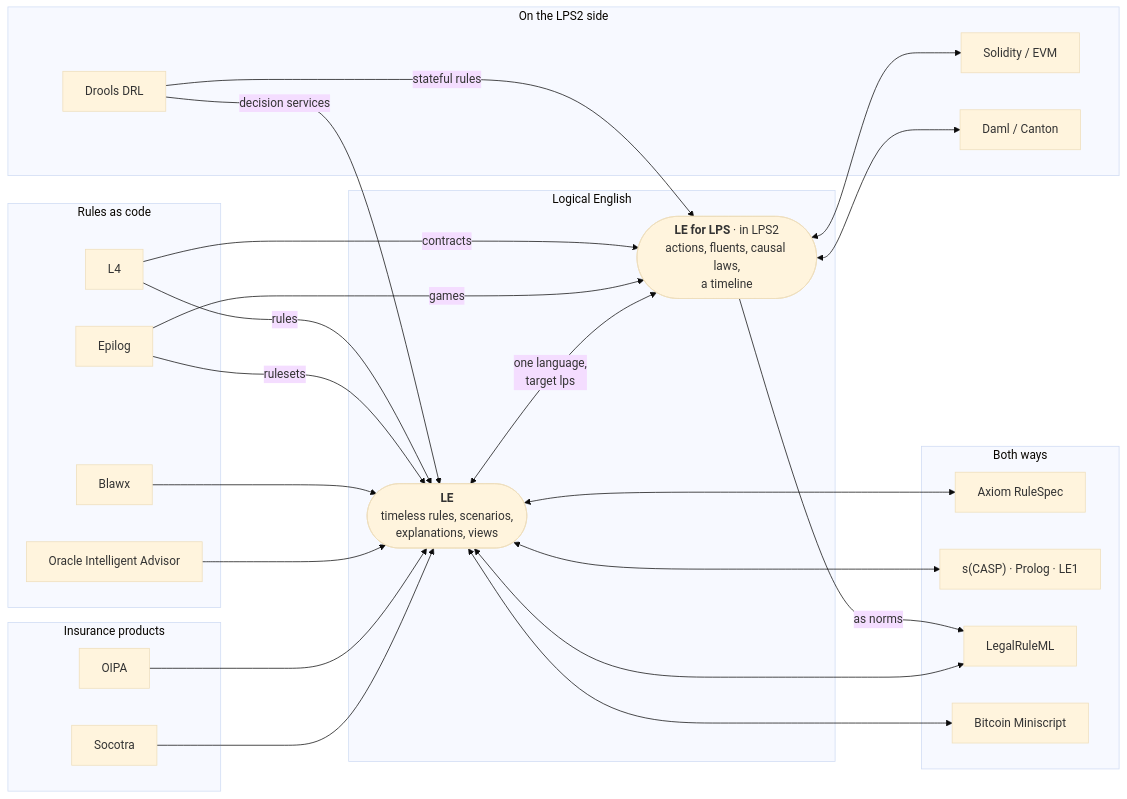
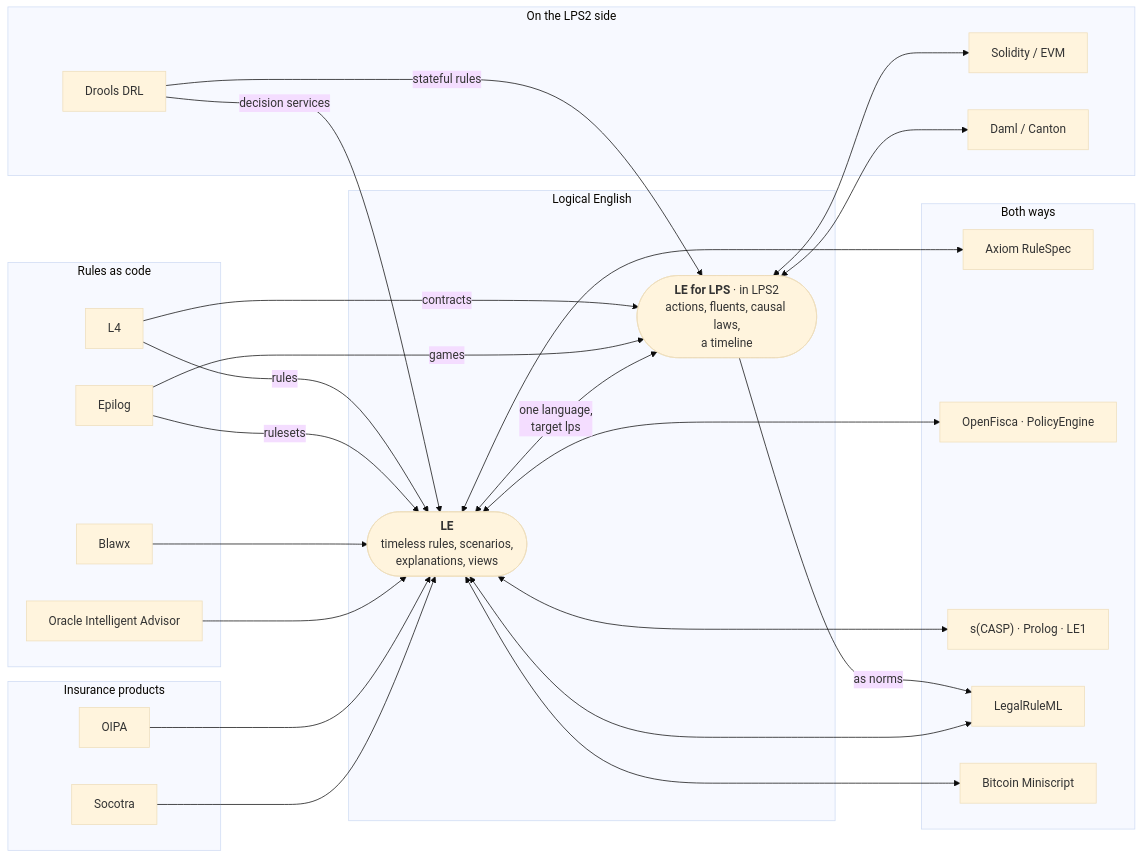
The diagram in docs/user/integrations/index.md (LogicalContractsOrg/LogicalEnglish2), drawn with Mermaid (base theme) before and after one commit. The commit also changed other lines of this file and 109 other files, not shown here.

First line of the commit message:
Phase 3b: OpenFisca and PolicyEngine users' guide; RuleSpec twins rebuilt

````diff
--- a/docs/user/integrations/index.md
+++ b/docs/user/integrations/index.md
@@ -43,68 +43,71 @@
 ```mermaid
 flowchart LR
   subgraph ins["Insurance products"]
     SO["Socotra"]
     OP["OIPA"]
   end
 
   subgraph rac["Rules as code"]
     OIA["Oracle Intelligent Advisor"]
     BX["Blawx"]
     EP["Epilog"]
     L4["L4"]
   end
 
   subgraph core["Logical English"]
     LE(["<b>LE</b><br/>timeless rules, scenarios,<br/>explanations, views"])
     LPS(["<b>LE for LPS</b> · in LPS2<br/>actions, fluents, causal laws,<br/>a timeline"])
     LE <-- "one language,<br/>target lps" --> LPS
   end
 
   subgraph both["Both ways"]
     RS["Axiom RuleSpec"]
+    OF["OpenFisca · PolicyEngine"]
     SC["s(CASP) · Prolog · LE1"]
     LR["LegalRuleML"]
     MS["Bitcoin Miniscript"]
   end
 
   subgraph lpsside["On the LPS2 side"]
     DR["Drools DRL"]
     SOL["Solidity / EVM"]
     DA["Daml / Canton"]
   end
 
   SO --> LE
   OP --> LE
   OIA --> LE
   BX --> LE
   EP -- "rulesets" --> LE
   EP -- "games" --> LPS
   L4 -- "rules" --> LE
   L4 -- "contracts" --> LPS
   DR -- "decision services" --> LE
   DR -- "stateful rules" --> LPS
 
   LE <--> RS
+  LE <--> OF
   LE <--> SC
   LE <--> LR
   LE <--> MS
   LPS <--> SOL
   LPS -- "as norms" --> LR
   LPS <--> DA
 
   click SO "socotra" "Socotra and Logical English"
   click OP "oipa" "OIPA and Logical English"
   click OIA "oia" "Oracle Intelligent Advisor and Logical English"
   click BX "blawx" "Blawx and Logical English"
   click EP "epilog" "Epilog and Logical English"
   click L4 "l4" "L4 and Logical English"
   click RS "rulespec" "Axiom RuleSpec and Logical English"
+  click OF "openfisca" "OpenFisca, PolicyEngine and Logical English"
   click SC "scasp" "s(CASP), Prolog and LE1"
   click LR "legalruleml" "LegalRuleML and Logical English"
   click MS "miniscript" "Bitcoin Miniscript and Logical English"
   click LE "../reference/language" "The Logical English reference"
   click LPS "https://lps2.logicalcontracts.com/docs/user/integrations/index" "LPS2: other systems"
   click DR "https://lps2.logicalcontracts.com/docs/user/integrations/drools" "Drools and LPS (LPS2 documentation)"
   click SOL "https://lps2.logicalcontracts.com/docs/user/integrations/solidity" "Solidity and LPS (LPS2 documentation)"
   click DA "https://lps2.logicalcontracts.com/docs/user/integrations/daml" "Daml and LPS (LPS2 documentation)"
 ```
````
